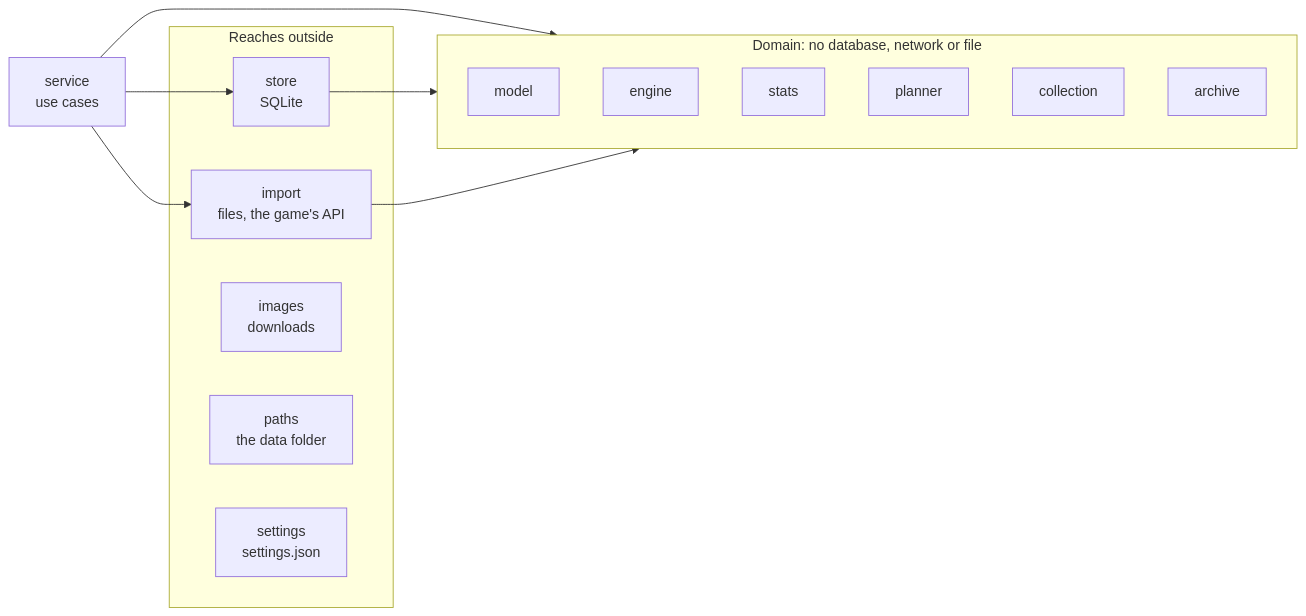
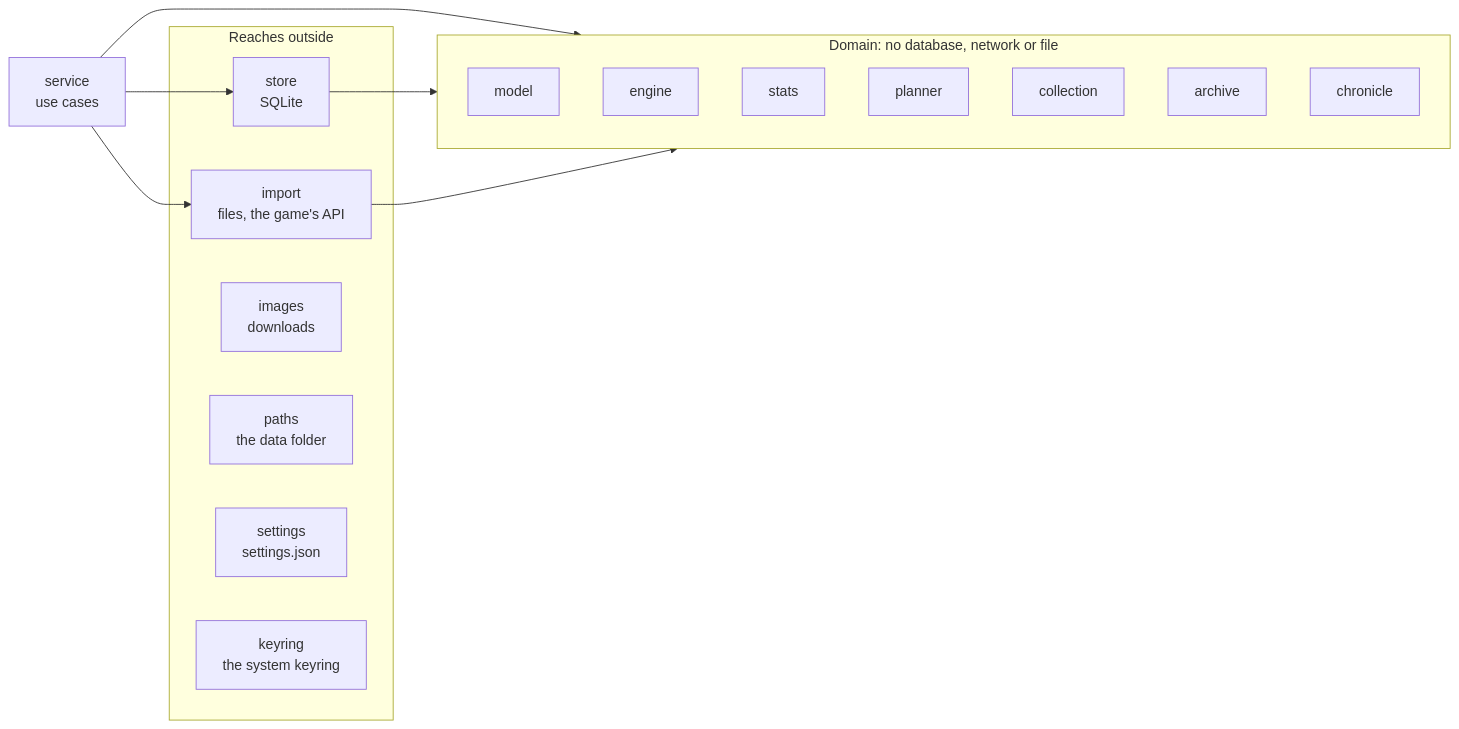
Before and after one commit to Deltouille/genshin-companion-rust: the second of 2 diagrams in docs/architecture/overview.md, drawn with Mermaid. The commit also changed other lines of this file and 79 other files, not shown here.

First line of the commit message:
The chronicle, and the HoYoLAB login in the system keyring

````diff
--- a/docs/architecture/overview.md
+++ b/docs/architecture/overview.md
@@ -40,23 +40,25 @@
 ```mermaid
 graph LR
     subgraph domain["Domain: no database, network or file"]
         model["model"]
         engine["engine"]
         stats["stats"]
         planner["planner"]
         collection["collection"]
         archive["archive"]
+        chronicle["chronicle"]
     end
     subgraph outside["Reaches outside"]
         store["store<br/>SQLite"]
         import["import<br/>files, the game's API"]
         images["images<br/>downloads"]
         paths["paths<br/>the data folder"]
         settings["settings<br/>settings.json"]
+        keyring["keyring<br/>the system keyring"]
     end
     service["service<br/>use cases"] --> store
     service --> import
     service --> domain
     store --> domain
     import --> domain
 ```
````
